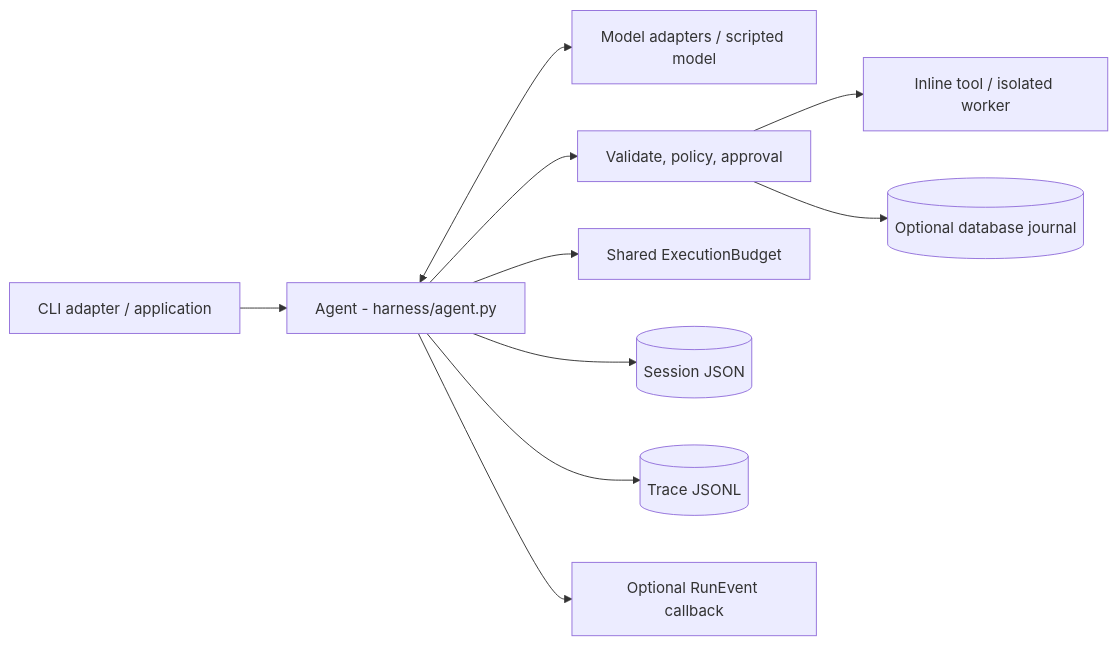
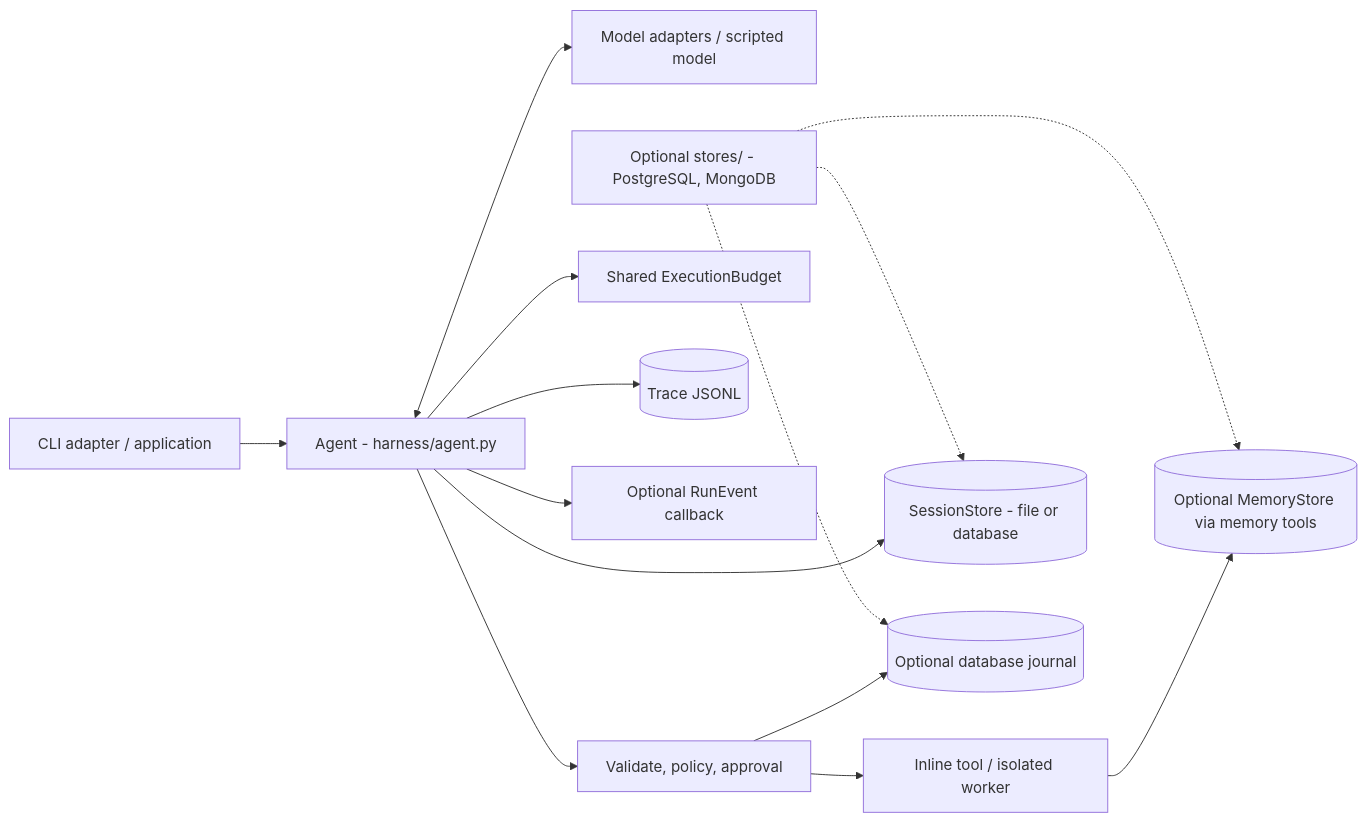
The first of 2 diagrams in docs/ARCHITECTURE.md (alxmancilla/little_harness), drawn with Mermaid before and after one commit. The commit also changed other lines of this file and 14 other files, not shown here.

First line of the commit message:
Bring specs, architecture and reference docs up to date

`````diff
--- a/docs/ARCHITECTURE.md
+++ b/docs/ARCHITECTURE.md
@@ -26,9 +27,11 @@
 ````mermaid
 flowchart LR
     App["CLI adapter / application"] --> Agent["Agent - harness/agent.py"]
     Agent <--> Model["Model adapters / scripted model"]
     Agent --> Gates["Validate, policy, approval"] --> Exec["Inline tool / isolated worker"]
     Agent --> Budget["Shared ExecutionBudget"]
-    Agent --> Session[("Session JSON")]; Agent --> Trace[("Trace JSONL")]
+    Agent --> Session[("SessionStore - file or database")]; Agent --> Trace[("Trace JSONL")]
     Gates --> Journal[("Optional database journal")]; Agent --> Events["Optional RunEvent callback"]
+    Exec --> Memory[("Optional MemoryStore via memory tools")]
+    Stores["Optional stores/ - PostgreSQL, MongoDB"] -.-> Session & Journal & Memory
 ````
`````
